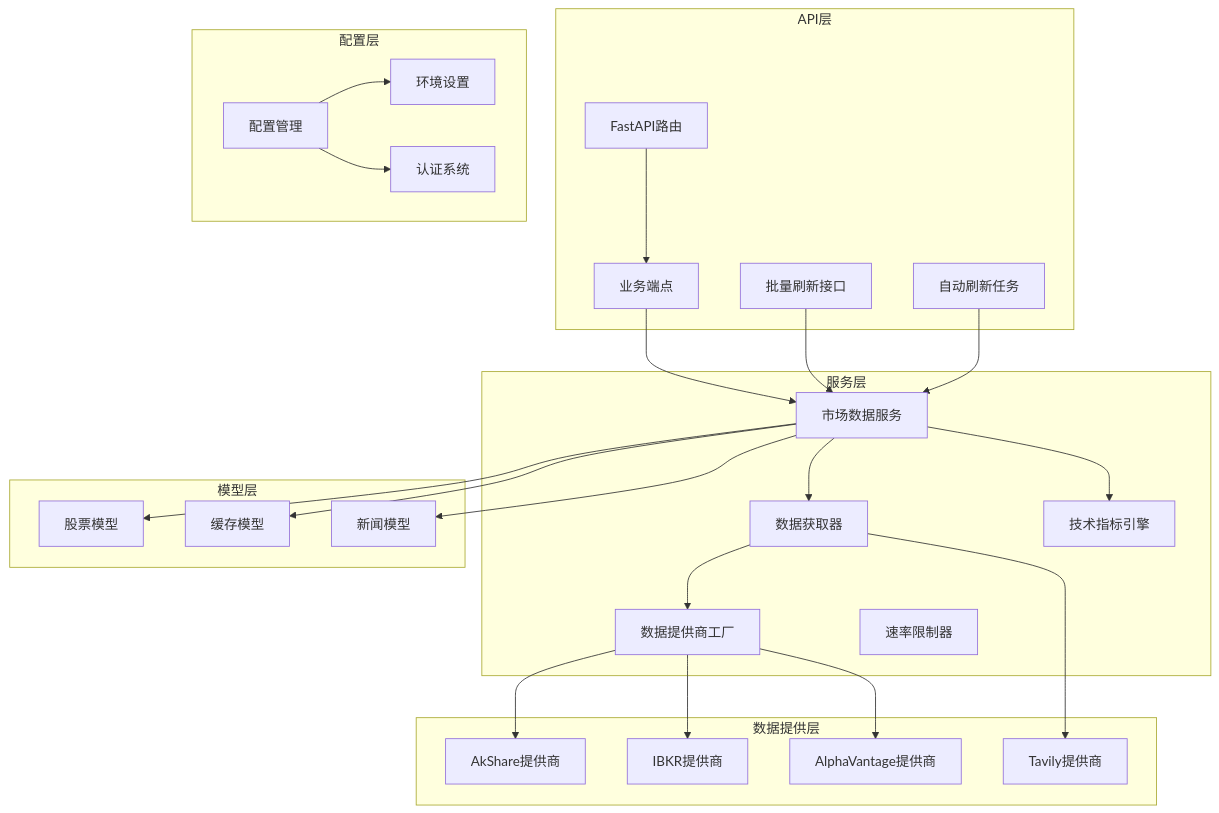
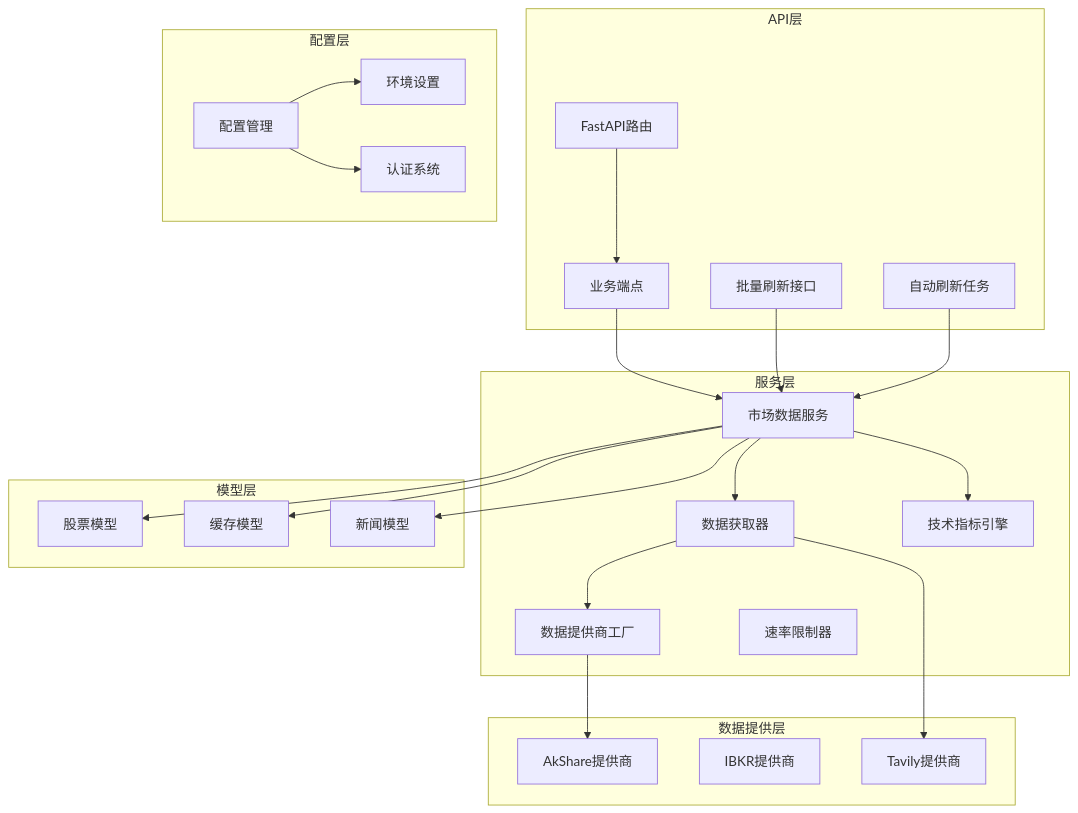
Before and after one commit to breeze-lyf/ai-stock-advisor: the first of 19 diagrams in .qoder/repowiki/zh/content/后端开发指南/业务服务实现/市场数据提供商架构.md, drawn with Mermaid. The commit also changed other lines of this file and 122 other files, not shown here.

````diff
--- a/.qoder/repowiki/zh/content/后端开发指南/业务服务实现/市场数据提供商架构.md
+++ b/.qoder/repowiki/zh/content/后端开发指南/业务服务实现/市场数据提供商架构.md
@@ -95,48 +92,45 @@
 ```mermaid
 graph TB
 subgraph "API层"
 API[FastAPI路由]
 Endpoints[业务端点]
 RefreshAll[批量刷新接口]
 AutoRefresh[自动刷新任务]
 end
 subgraph "服务层"
 MarketService[市场数据服务]
 MarketDataFetcher[数据获取器]
 ProviderFactory[数据提供商工厂]
 Indicators[技术指标引擎]
 RateLimiter[速率限制器]
 end
 subgraph "数据提供层"
 AK[AkShare提供商]
 IB[IBKR提供商]
-AV[AlphaVantage提供商]
 TV[Tavily提供商]
 end
 subgraph "模型层"
 StockModel[股票模型]
 CacheModel[缓存模型]
 NewsModel[新闻模型]
 end
 subgraph "配置层"
 Config[配置管理]
 Settings[环境设置]
 Auth[认证系统]
 end
 API --> Endpoints
 Endpoints --> MarketService
 RefreshAll --> MarketService
 AutoRefresh --> MarketService
 MarketService --> MarketDataFetcher
 MarketDataFetcher --> ProviderFactory
 ProviderFactory --> AK
-ProviderFactory --> AV
-ProviderFactory --> IB
 MarketDataFetcher --> TV
 MarketService --> Indicators
 MarketService --> StockModel
 MarketService --> CacheModel
 MarketService --> NewsModel
 Config --> Settings
 Config --> Auth
 ```
````
